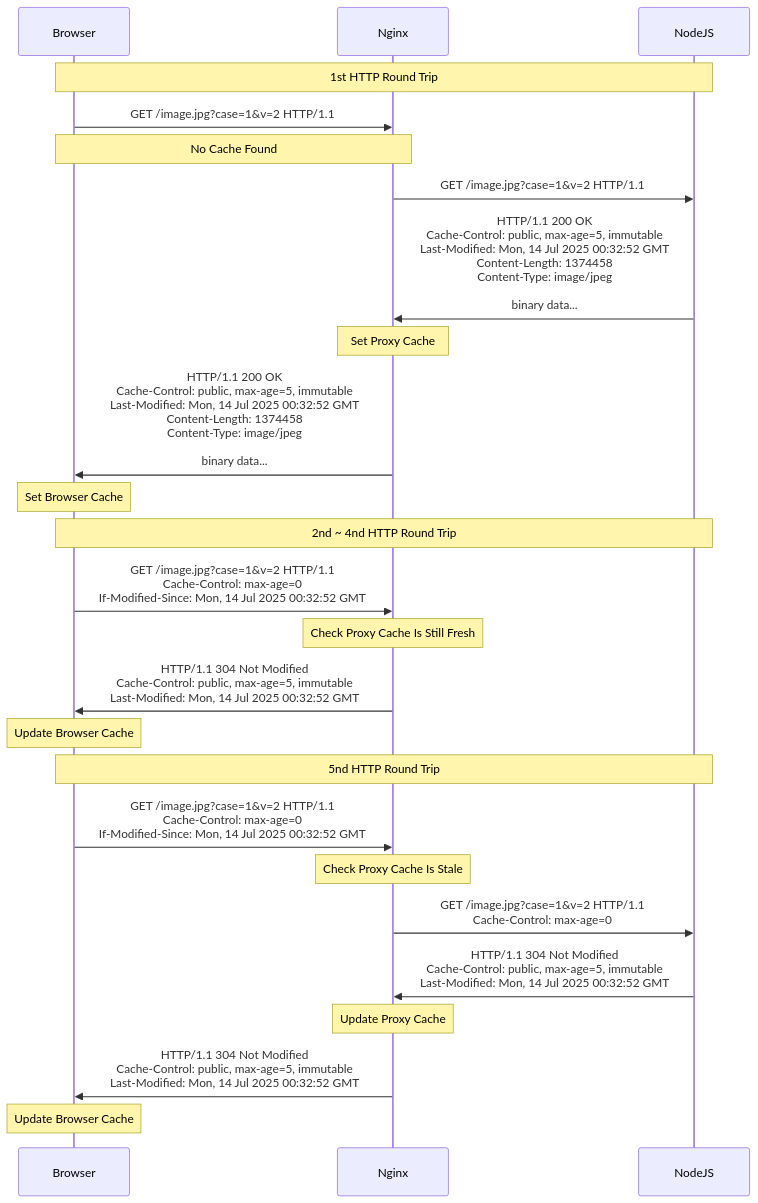
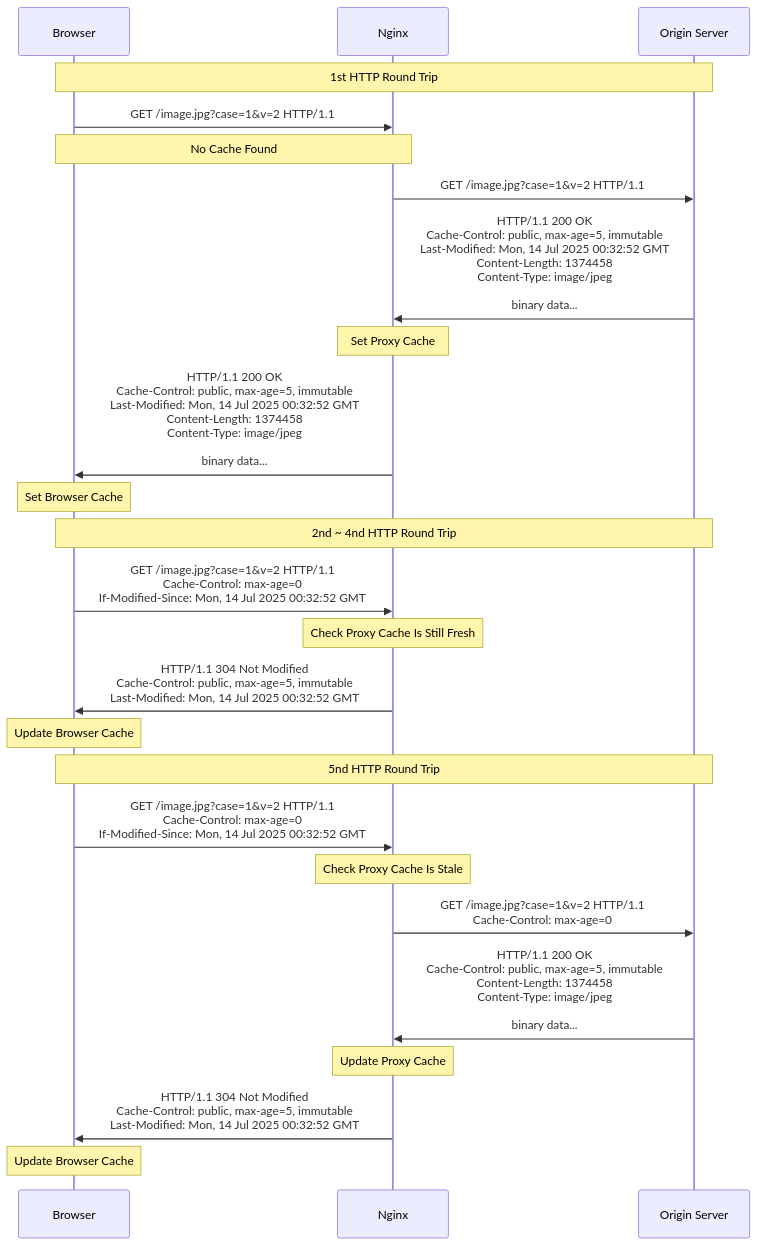
Before and after one commit to samuel871211/yusheng-tech-blog: the second of 3 diagrams in docs/http/http-caching-2.md, drawn with Mermaid. The commit also changed other lines of this file and 1 other file, not shown here.

Commit message:
feat: cache ingggg

````diff
--- a/docs/http/http-caching-2.md
+++ b/docs/http/http-caching-2.md
@@ -133,33 +137,33 @@
 ```mermaid
 sequenceDiagram
   participant Browser
   participant Nginx
-  participant NodeJS
+  participant Origin Server
 
-  Note over Browser, NodeJS: 1st HTTP Round Trip
+  Note over Browser, Origin Server: 1st HTTP Round Trip
 
   Browser ->> Nginx: GET /image.jpg?case=1&v=2 HTTP/1.1
   Note over Browser, Nginx: No Cache Found
-  Nginx ->> NodeJS: GET /image.jpg?case=1&v=2 HTTP/1.1
-  NodeJS ->> Nginx: HTTP/1.1 200 OK<br/>Cache-Control: public, max-age=5, immutable<br/>Last-Modified: Mon, 14 Jul 2025 00:32:52 GMT<br/>Content-Length: 1374458<br/>Content-Type: image/jpeg<br/><br/>binary data...
+  Nginx ->> Origin Server: GET /image.jpg?case=1&v=2 HTTP/1.1
+  Origin Server ->> Nginx: HTTP/1.1 200 OK<br/>Cache-Control: public, max-age=5, immutable<br/>Last-Modified: Mon, 14 Jul 2025 00:32:52 GMT<br/>Content-Length: 1374458<br/>Content-Type: image/jpeg<br/><br/>binary data...
   Note over  Nginx: Set Proxy Cache
   Nginx ->> Browser: HTTP/1.1 200 OK<br/>Cache-Control: public, max-age=5, immutable<br/>Last-Modified: Mon, 14 Jul 2025 00:32:52 GMT<br/>Content-Length: 1374458<br/>Content-Type: image/jpeg<br/><br/>binary data...
   Note over Browser: Set Browser Cache
 
-  Note over Browser, NodeJS: 2nd ~ 4nd HTTP Round Trip
+  Note over Browser, Origin Server: 2nd ~ 4nd HTTP Round Trip
 
   Browser ->> Nginx: GET /image.jpg?case=1&v=2 HTTP/1.1<br/>Cache-Control: max-age=0<br/>If-Modified-Since: Mon, 14 Jul 2025 00:32:52 GMT
   Note over  Nginx: Check Proxy Cache Is Still Fresh
   Nginx ->> Browser: HTTP/1.1 304 Not Modified<br/>Cache-Control: public, max-age=5, immutable<br/>Last-Modified: Mon, 14 Jul 2025 00:32:52 GMT
   Note over Browser: Update Browser Cache
 
-  Note over Browser, NodeJS: 5nd HTTP Round Trip
+  Note over Browser, Origin Server: 5nd HTTP Round Trip
 
   Browser ->> Nginx: GET /image.jpg?case=1&v=2 HTTP/1.1<br/>Cache-Control: max-age=0<br/>If-Modified-Since: Mon, 14 Jul 2025 00:32:52 GMT
   Note over  Nginx: Check Proxy Cache Is Stale
-  Nginx ->> NodeJS: GET /image.jpg?case=1&v=2 HTTP/1.1<br/>Cache-Control: max-age=0
-  NodeJS ->> Nginx: HTTP/1.1 304 Not Modified<br/>Cache-Control: public, max-age=5, immutable<br/>Last-Modified: Mon, 14 Jul 2025 00:32:52 GMT
+  Nginx ->> Origin Server: GET /image.jpg?case=1&v=2 HTTP/1.1<br/>Cache-Control: max-age=0
+  Origin Server ->> Nginx: HTTP/1.1 200 OK<br/>Cache-Control: public, max-age=5, immutable<br/>Content-Length: 1374458<br/>Content-Type: image/jpeg<br/><br/>binary data...
   Note over  Nginx: Update Proxy Cache
   Nginx ->> Browser: HTTP/1.1 304 Not Modified<br/>Cache-Control: public, max-age=5, immutable<br/>Last-Modified: Mon, 14 Jul 2025 00:32:52 GMT
   Note over Browser: Update Browser Cache
 ```
````
